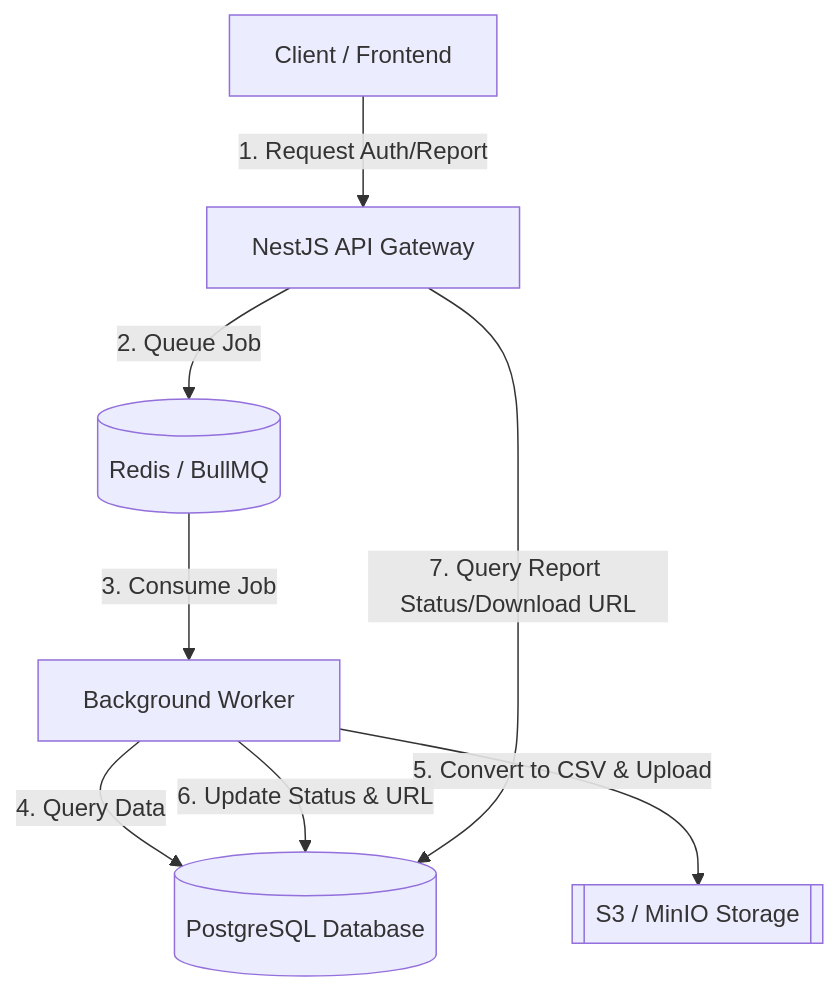
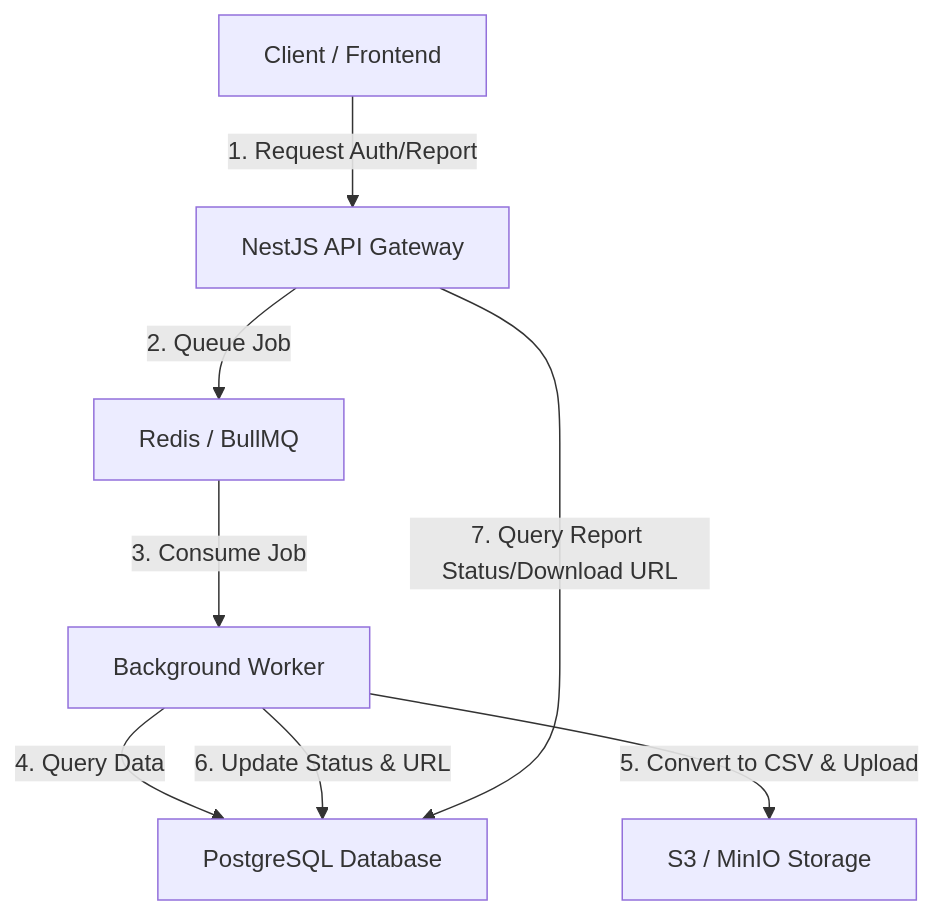
One commit to TurynX/Background-Report-Generation-System changed the diagram in README.md. Above: the diagram before and after it, drawn with Mermaid.

Commit message:
docs: simplify mermaid diagram node styling in README.md

````diff
--- a/README.md
+++ b/README.md
@@ -19,10 +19,10 @@
 ```mermaid
 graph TD
     Client[Client / Frontend] -->|1. Request Auth/Report| API[NestJS API Gateway]
-    API -->|2. Queue Job| Redis[(Redis / BullMQ)]
+    API -->|2. Queue Job| Redis[Redis / BullMQ]
     Redis -->|3. Consume Job| Worker[Background Worker]
-    Worker -->|4. Query Data| DB[(PostgreSQL Database)]
-    Worker -->|5. Convert to CSV & Upload| S3[[S3 / MinIO Storage]]
+    Worker -->|4. Query Data| DB[PostgreSQL Database]
+    Worker -->|5. Convert to CSV & Upload| S3[S3 / MinIO Storage]
     Worker -->|6. Update Status & URL| DB
     API -->|7. Query Report Status/Download URL| DB
 ```
````
